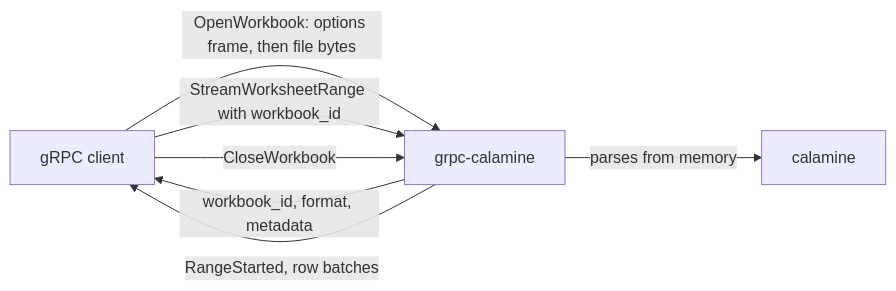
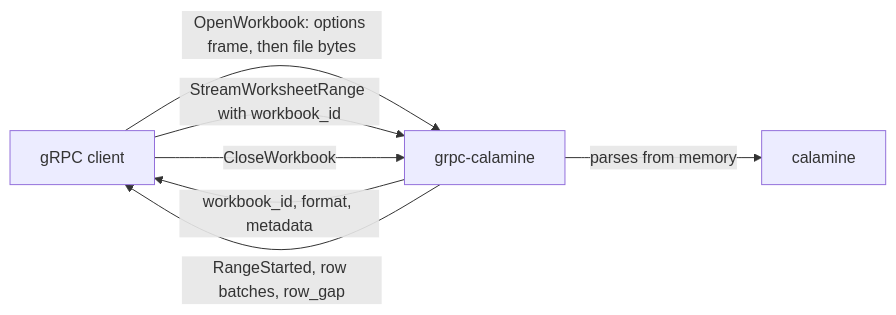
Before and after one commit to ai-pipestream/grpc-calamine: the diagram in README.md, drawn with Mermaid. The commit also changed other lines of this file and 2 other files, not shown here.

Commit message:
Docs: rewrite for voice and clarity
Natural concise prose, no em dashes, no long bullet lists, mermaid
request-flow diagrams, stale statuses and doc-vs-code mismatches fixed.

````diff
--- a/README.md
+++ b/README.md
@@ -163,9 +163,9 @@
 ```mermaid
 flowchart LR
     client[gRPC client] -->|OpenWorkbook: options frame, then file bytes| server[grpc-calamine]
     server -->|parses from memory| calamine[calamine]
     server -->|workbook_id, format, metadata| client
     client -->|StreamWorksheetRange with workbook_id| server
-    server -->|RangeStarted, row batches| client
+    server -->|RangeStarted, row batches, row_gap| client
     client -->|CloseWorkbook| server
 ```
````
